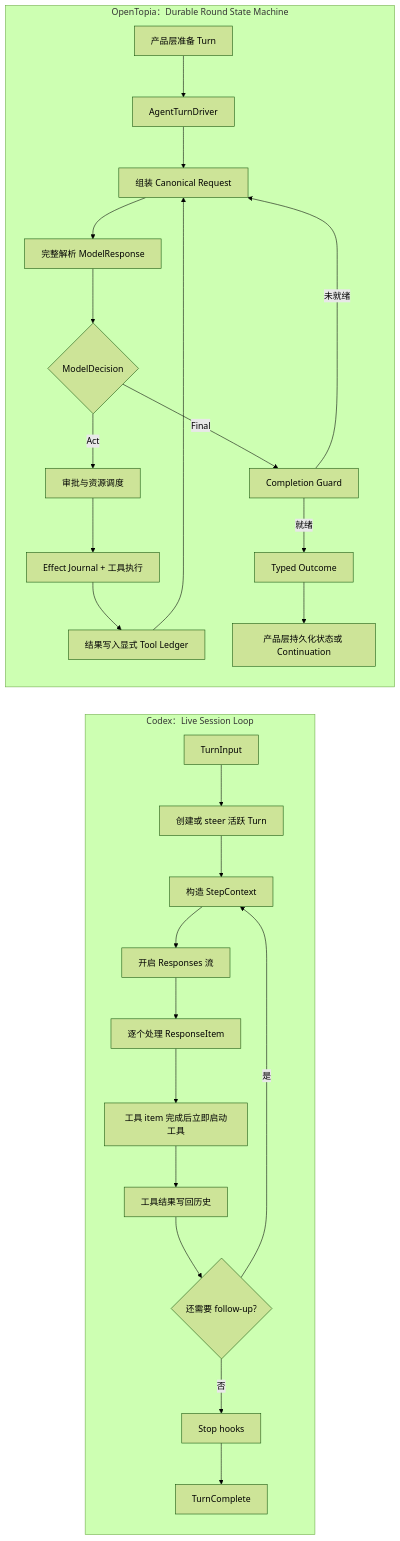
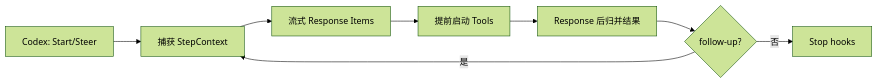
One commit to StagoMax/OpenTopia changed the second of 8 diagrams in docs/codex-vs-opentopia-agent-loop-zh-cn.md. Above: the diagram before and after it, drawn with Mermaid (forest theme). The commit also changed other lines of this file, not shown here.

Commit message:
docs: clarify Codex and OpenTopia loop behavior

````diff
--- a/docs/codex-vs-opentopia-agent-loop-zh-cn.md
+++ b/docs/codex-vs-opentopia-agent-loop-zh-cn.md
@@ -72,30 +63,10 @@
 ```mermaid
 flowchart LR
-    subgraph C[Codex：Live Session Loop]
-        C1[TurnInput] --> C2[创建或 steer 活跃 Turn]
-        C2 --> C3[构造 StepContext]
-        C3 --> C4[开启 Responses 流]
-        C4 --> C5[逐个处理 ResponseItem]
-        C5 --> C6[工具 item 完成后立即启动工具]
-        C6 --> C7[工具结果写回历史]
-        C7 --> C8{还需要 follow-up?}
-        C8 -->|是| C3
-        C8 -->|否| C9[Stop hooks]
-        C9 --> C10[TurnComplete]
-    end
-
-    subgraph O[OpenTopia：Durable Round State Machine]
-        O1[产品层准备 Turn] --> O2[AgentTurnDriver]
-        O2 --> O3[组装 Canonical Request]
-        O3 --> O4[完整解析 ModelResponse]
-        O4 --> O5{ModelDecision}
-        O5 -->|Act| O6[审批与资源调度]
-        O6 --> O7[Effect Journal + 工具执行]
-        O7 --> O8[结果写入显式 Tool Ledger]
-        O8 --> O3
-        O5 -->|Final| O9[Completion Guard]
-        O9 -->|未就绪| O3
-        O9 -->|就绪| O10[Typed Outcome]
-        O10 --> O11[产品层持久化状态或 Continuation]
-    end
+    C1[Codex: Start/Steer] --> C2[捕获 StepContext]
+    C2 --> C3[流式 Response Items]
+    C3 --> C4[提前启动 Tools]
+    C4 --> C5[Response 后归并结果]
+    C5 --> C6{follow-up?}
+    C6 -->|是| C2
+    C6 -->|否| C7[Stop hooks]
 ```
````
